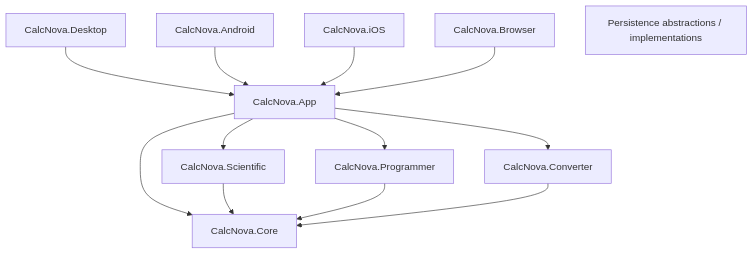
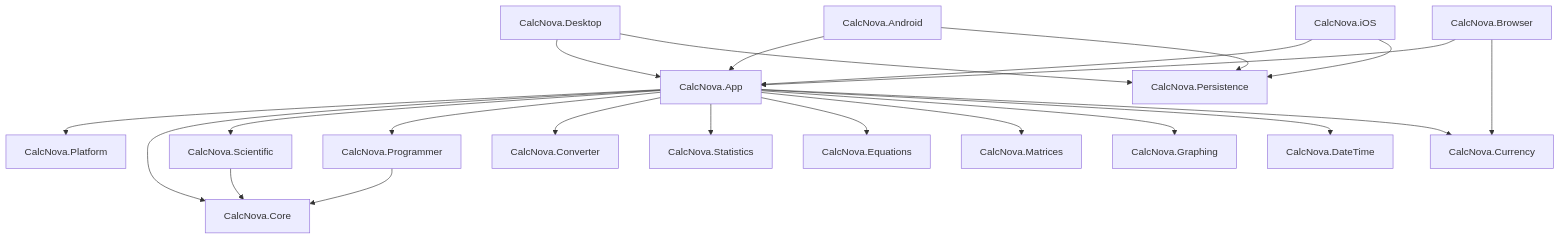
The diagram in docs/ARCHITECTURE.md (sanskarIN/CalcNova), drawn with Mermaid before and after one commit. The commit also changed other lines of this file, not shown here.

Commit message:
docs: synchronize architecture with completed solution

````diff
--- a/docs/ARCHITECTURE.md
+++ b/docs/ARCHITECTURE.md
@@ -11,25 +60,47 @@
 ```mermaid
 flowchart TD
   Desktop[CalcNova.Desktop]
   Android[CalcNova.Android]
-  iOS[CalcNova.iOS]
+  IOS[CalcNova.iOS]
   Browser[CalcNova.Browser]
+
   App[CalcNova.App]
+  Platform[CalcNova.Platform]
+  Persistence[CalcNova.Persistence]
+
   Core[CalcNova.Core]
   Scientific[CalcNova.Scientific]
   Programmer[CalcNova.Programmer]
   Converter[CalcNova.Converter]
-  Persistence[Persistence abstractions / implementations]
+  Statistics[CalcNova.Statistics]
+  Equations[CalcNova.Equations]
+  Matrices[CalcNova.Matrices]
+  Graphing[CalcNova.Graphing]
+  DateTime[CalcNova.DateTime]
+  Currency[CalcNova.Currency]
 
   Desktop --> App
   Android --> App
-  iOS --> App
+  IOS --> App
   Browser --> App
+
+  Desktop --> Persistence
+  Android --> Persistence
+  IOS --> Persistence
+  Browser --> Currency
+
+  App --> Platform
   App --> Core
   App --> Scientific
   App --> Programmer
   App --> Converter
+  App --> Statistics
+  App --> Equations
+  App --> Matrices
+  App --> Graphing
+  App --> DateTime
+  App --> Currency
+
   Scientific --> Core
   Programmer --> Core
-  Converter --> Core
 ```
````
